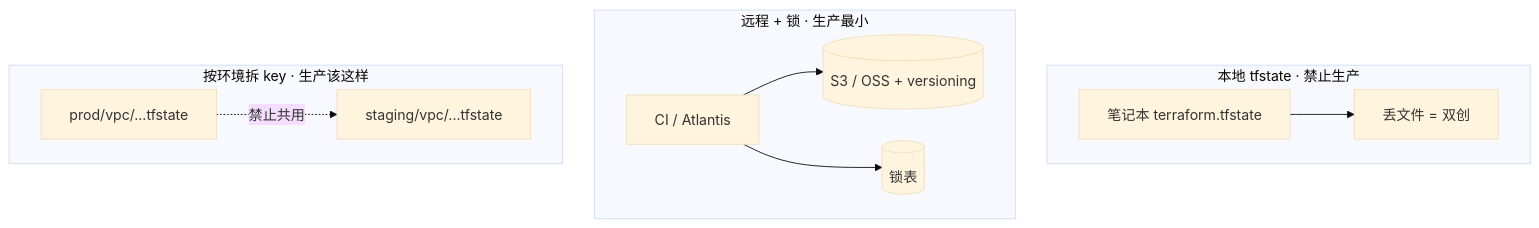
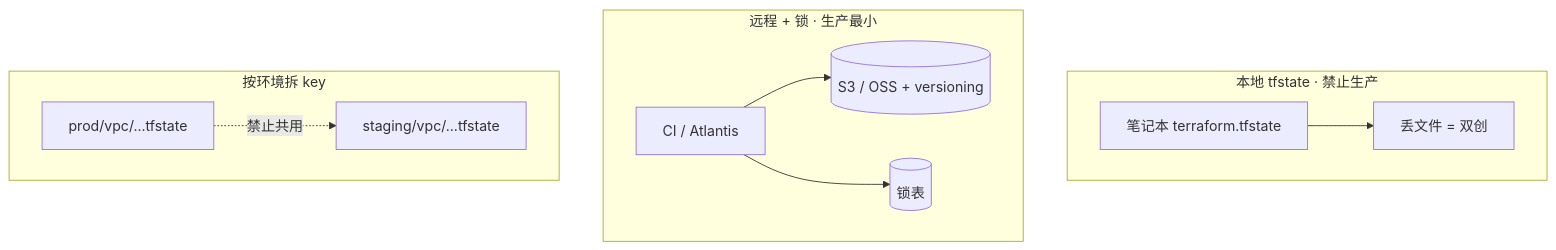
One commit to ml-cuizijun/LearnToLilith changed the sixth of 7 diagrams in 04-工程化与自动化/07-Terraform/知识点.md. Above: the diagram before and after it, drawn with Mermaid. The commit also changed other lines of this file and 178 other files, not shown here.

````diff
--- a/04-工程化与自动化/07-Terraform/知识点.md
+++ b/04-工程化与自动化/07-Terraform/知识点.md
@@ -147,24 +422,15 @@
 ```mermaid
-%%{init: {"flowchart": {"padding": 16, "nodeSpacing": 36, "rankSpacing": 48}, "theme": "base"}}%%
 flowchart TB
-    subgraph local ["本地 tfstate · 禁止生产"]
-        lap[笔记本 terraform.tfstate]
-        lap --> risk[丢文件 = 双创]
+    subgraph bad ["本地 tfstate · 禁止生产"]
+        L[笔记本 terraform.tfstate] --> R[丢文件 = 双创]
     end
-
-    subgraph remote ["远程 + 锁 · 生产最小"]
-        ci[CI / Atlantis] --> s3[(S3 / OSS + versioning)]
-        ci --> ddb[(锁表)]
+    subgraph ok ["远程 + 锁 · 生产最小"]
+        CI[CI / Atlantis] --> S3[(S3 / OSS + versioning)]
+        CI --> LOCK[(锁表)]
     end
-
-    subgraph split ["按环境拆 key · 生产该这样"]
-        p["prod/vpc/...tfstate"]
-        t["staging/vpc/...tfstate"]
-        p -.->|禁止共用| t
+    subgraph split ["按环境拆 key"]
+        P["prod/vpc/...tfstate"]
+        T["staging/vpc/...tfstate"]
+        P -.->|禁止共用| T
     end
-
-    class lap,risk bad
-    class ci,s3,ddb ok
-    class p,t env
-
 ```
````
